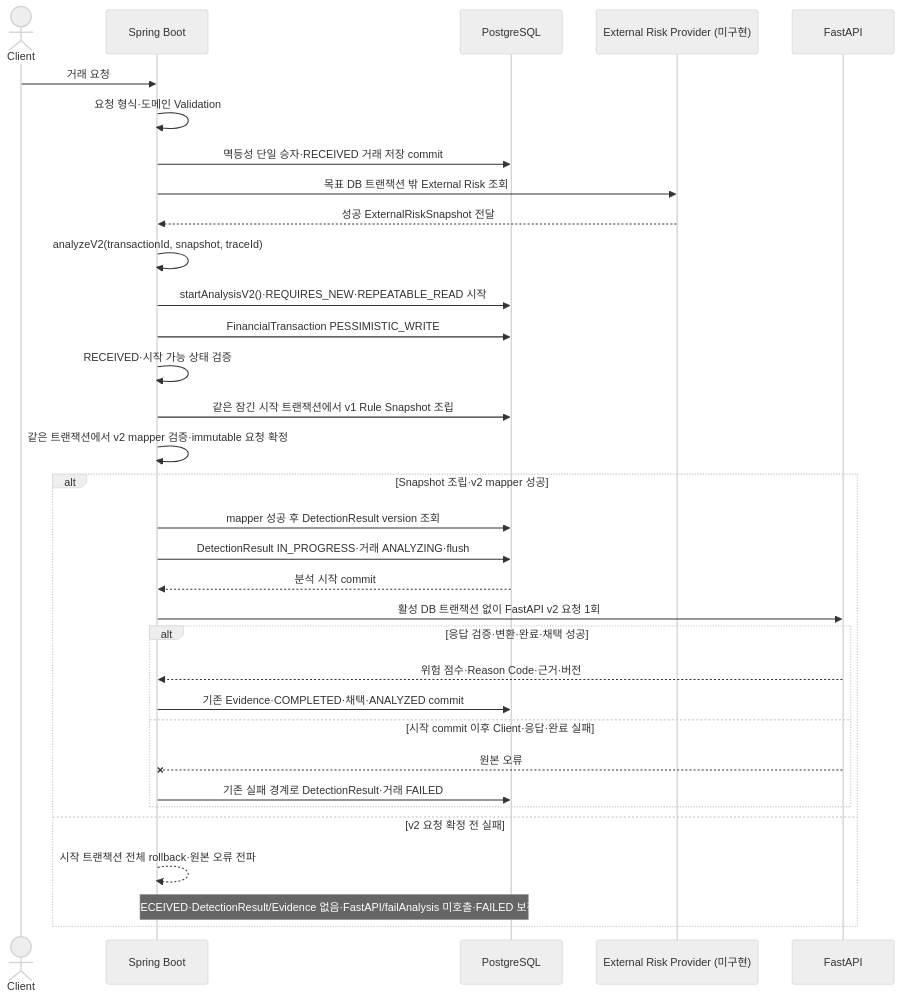
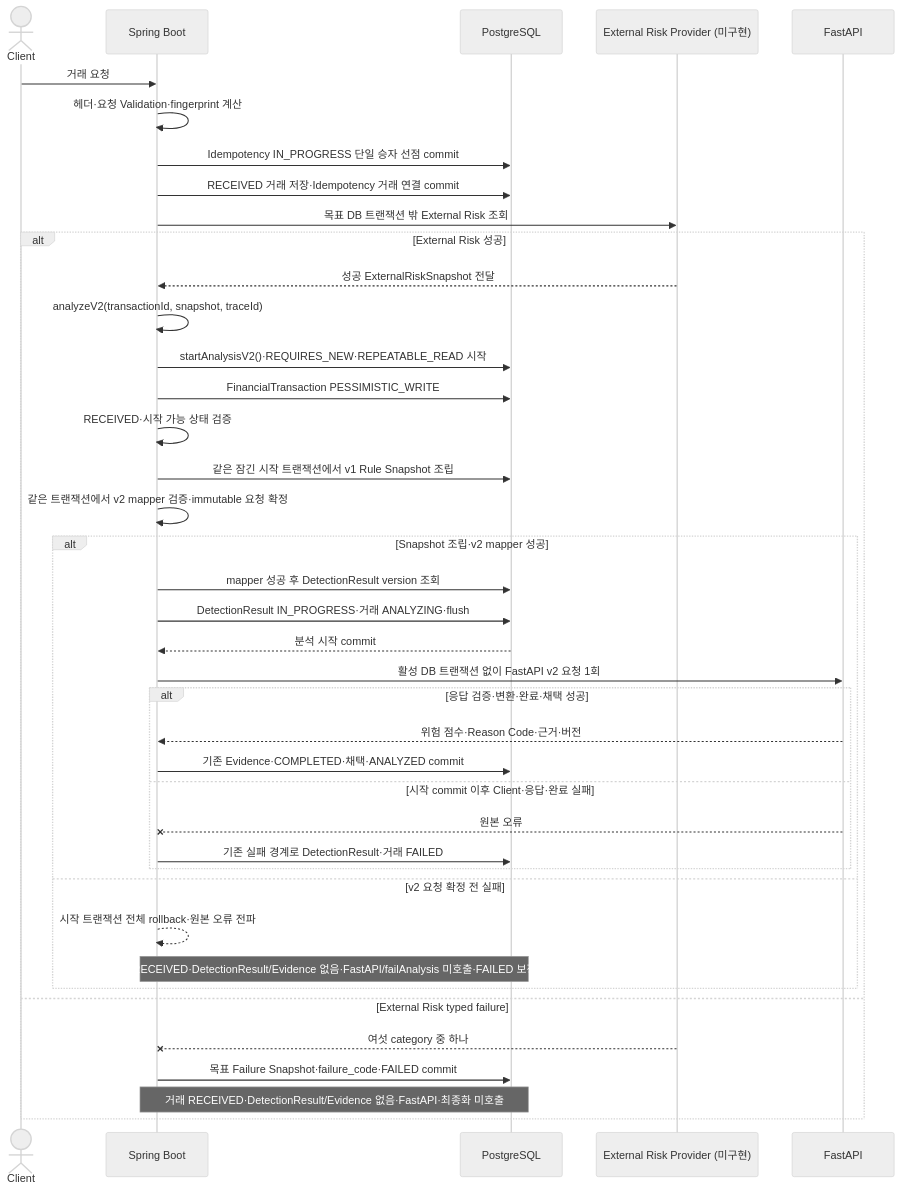
One commit to Ahnjisan/FinGuardOps changed the second of 4 diagrams in docs/02-architecture/system-architecture.md. Above: the diagram before and after it, drawn with Mermaid (neutral theme). The commit also changed other lines of this file and 9 other files, not shown here.

Commit message:
docs: External Risk 실패 멱등 재생 계약 확정 (#170)

````diff
--- a/docs/02-architecture/system-architecture.md
+++ b/docs/02-architecture/system-architecture.md
@@ -648,36 +654,43 @@
 ```mermaid
 sequenceDiagram
     actor Client
     participant Spring as Spring Boot
     participant DB as PostgreSQL
     participant Risk as External Risk Provider (미구현)
     participant AI as FastAPI
 
     Client->>Spring: 거래 요청
-    Spring->>Spring: 요청 형식·도메인 Validation
-    Spring->>DB: 멱등성 단일 승자·RECEIVED 거래 저장 commit
+    Spring->>Spring: 헤더·요청 Validation·fingerprint 계산
+    Spring->>DB: Idempotency IN_PROGRESS 단일 승자 선점 commit
+    Spring->>DB: RECEIVED 거래 저장·Idempotency 거래 연결 commit
     Spring->>Risk: 목표 DB 트랜잭션 밖 External Risk 조회
-    Risk-->>Spring: 성공 ExternalRiskSnapshot 전달
-    Spring->>Spring: analyzeV2(transactionId, snapshot, traceId)
-    Spring->>DB: startAnalysisV2()·REQUIRES_NEW·REPEATABLE_READ 시작
-    Spring->>DB: FinancialTransaction PESSIMISTIC_WRITE
-    Spring->>Spring: RECEIVED·시작 가능 상태 검증
-    Spring->>DB: 같은 잠긴 시작 트랜잭션에서 v1 Rule Snapshot 조립
-    Spring->>Spring: 같은 트랜잭션에서 v2 mapper 검증·immutable 요청 확정
-    alt Snapshot 조립·v2 mapper 성공
-        Spring->>DB: mapper 성공 후 DetectionResult version 조회
-        Spring->>DB: DetectionResult IN_PROGRESS·거래 ANALYZING·flush
-        DB-->>Spring: 분석 시작 commit
-        Spring->>AI: 활성 DB 트랜잭션 없이 FastAPI v2 요청 1회
-        alt 응답 검증·변환·완료·채택 성공
-            AI-->>Spring: 위험 점수·Reason Code·근거·버전
-            Spring->>DB: 기존 Evidence·COMPLETED·채택·ANALYZED commit
-        else 시작 commit 이후 Client·응답·완료 실패
-            AI--xSpring: 원본 오류
-            Spring->>DB: 기존 실패 경계로 DetectionResult·거래 FAILED
+    alt External Risk 성공
+        Risk-->>Spring: 성공 ExternalRiskSnapshot 전달
+        Spring->>Spring: analyzeV2(transactionId, snapshot, traceId)
+        Spring->>DB: startAnalysisV2()·REQUIRES_NEW·REPEATABLE_READ 시작
+        Spring->>DB: FinancialTransaction PESSIMISTIC_WRITE
+        Spring->>Spring: RECEIVED·시작 가능 상태 검증
+        Spring->>DB: 같은 잠긴 시작 트랜잭션에서 v1 Rule Snapshot 조립
+        Spring->>Spring: 같은 트랜잭션에서 v2 mapper 검증·immutable 요청 확정
+        alt Snapshot 조립·v2 mapper 성공
+            Spring->>DB: mapper 성공 후 DetectionResult version 조회
+            Spring->>DB: DetectionResult IN_PROGRESS·거래 ANALYZING·flush
+            DB-->>Spring: 분석 시작 commit
+            Spring->>AI: 활성 DB 트랜잭션 없이 FastAPI v2 요청 1회
+            alt 응답 검증·변환·완료·채택 성공
+                AI-->>Spring: 위험 점수·Reason Code·근거·버전
+                Spring->>DB: 기존 Evidence·COMPLETED·채택·ANALYZED commit
+            else 시작 commit 이후 Client·응답·완료 실패
+                AI--xSpring: 원본 오류
+                Spring->>DB: 기존 실패 경계로 DetectionResult·거래 FAILED
+            end
+        else v2 요청 확정 전 실패
+            Spring-->>Spring: 시작 트랜잭션 전체 rollback·원본 오류 전파
+            Note over Spring,DB: 거래 RECEIVED·DetectionResult/Evidence 없음·FastAPI/failAnalysis 미호출·FAILED 보정 없음
         end
-    else v2 요청 확정 전 실패
-        Spring-->>Spring: 시작 트랜잭션 전체 rollback·원본 오류 전파
-        Note over Spring,DB: 거래 RECEIVED·DetectionResult/Evidence 없음·FastAPI/failAnalysis 미호출·FAILED 보정 없음
+    else External Risk typed failure
+        Risk--xSpring: 여섯 category 중 하나
+        Spring->>DB: 목표 Failure Snapshot·failure_code·FAILED commit
+        Note over Spring,DB: 거래 RECEIVED·DetectionResult/Evidence 없음·FastAPI·최종화 미호출
     end
 ```
````
